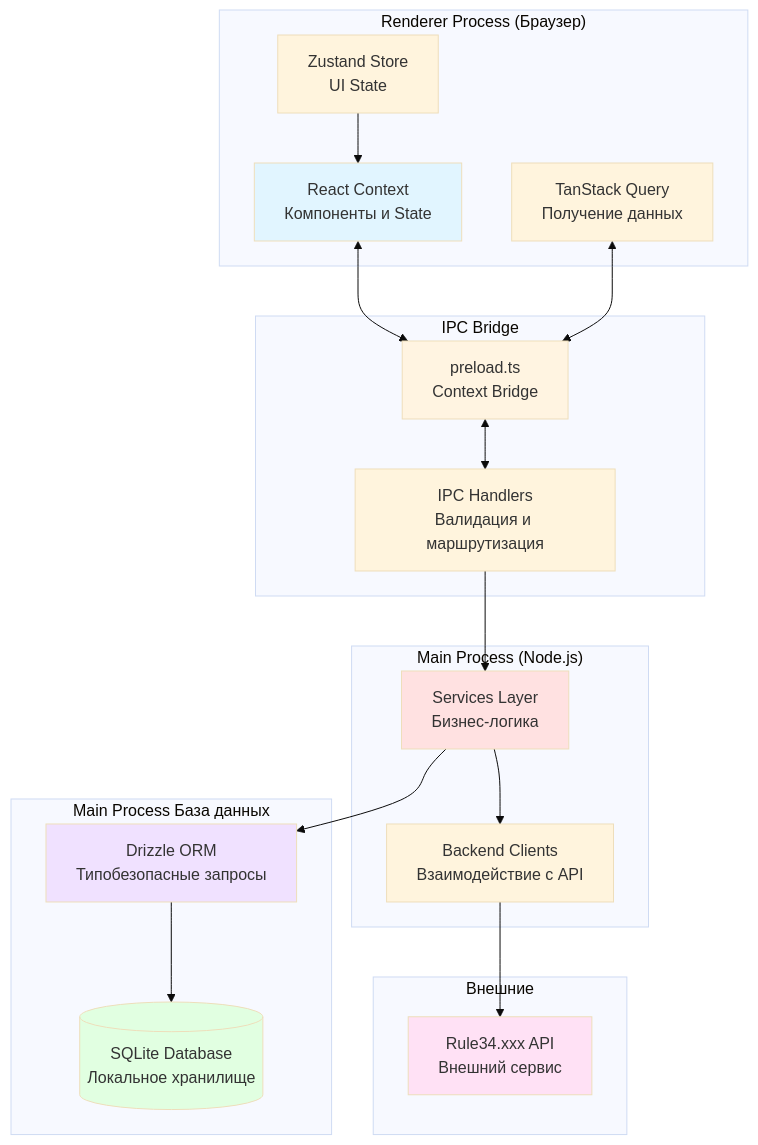
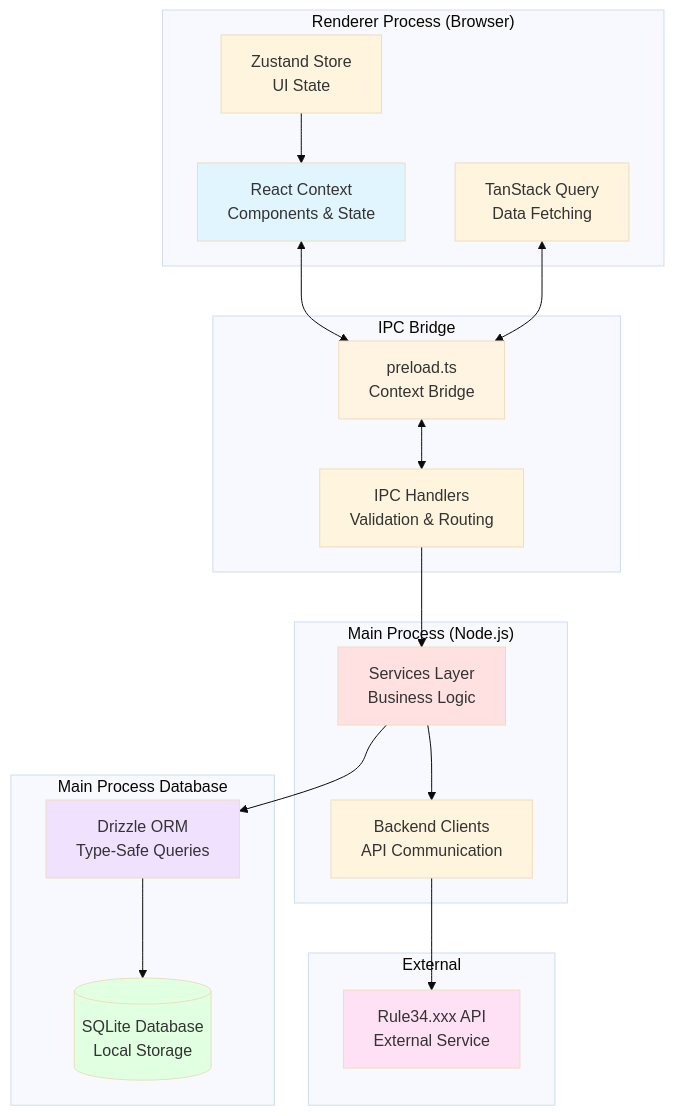
One commit to KazeKaze93/RuleDesk changed the first of 11 diagrams in .docs-i18n/ru/docs/architecture.md. Above: the diagram before and after it, drawn with Mermaid (base theme). The commit also changed other lines of this file and 8 other files, not shown here.

````diff
--- a/.docs-i18n/ru/docs/architecture.md
+++ b/.docs-i18n/ru/docs/architecture.md
@@ -37,45 +37,45 @@
 ```mermaid
 graph TB
-    subgraph "Renderer Process (Браузер)"
-        ReactContext[React Context<br/>Компоненты и State]
-        TanStackQuery[TanStack Query<br/>Получение данных]
+    subgraph "Renderer Process (Browser)"
+        ReactContext[React Context<br/>Components & State]
+        TanStackQuery[TanStack Query<br/>Data Fetching]
         Zustand[Zustand Store<br/>UI State]
     end
 
     subgraph "IPC Bridge"
         Preload[preload.ts<br/>Context Bridge]
-        IPCHandlers[IPC Handlers<br/>Валидация и маршрутизация]
+        IPCHandlers[IPC Handlers<br/>Validation & Routing]
     end
 
     subgraph "Main Process (Node.js)"
-        ServicesLayer[Services Layer<br/>Бизнес-логика]
-        BackendClients[Backend Clients<br/>Взаимодействие с API]
+        ServicesLayer[Services Layer<br/>Business Logic]
+        BackendClients[Backend Clients<br/>API Communication]
     end
 
-    subgraph "Main Process База данных"
-        DrizzleORM[Drizzle ORM<br/>Типобезопасные запросы]
+    subgraph "Main Process Database"
+        DrizzleORM[Drizzle ORM<br/>Type-Safe Queries]
         SQLiteDB[(SQLite Database<br/>WAL Mode)]
     end
 
-    subgraph "Внешние"
-        Rule34API[Rule34.xxx API<br/>Внешний сервис]
-        SQLiteDB[(SQLite Database<br/>Локальное хранилище)]
+    subgraph "External"
+        Rule34API[Rule34.xxx API<br/>External Service]
+        SQLiteDB[(SQLite Database<br/>Local Storage)]
     end
 
     ReactContext <--> Preload
     TanStackQuery <--> Preload
     Zustand --> ReactContext
     Preload <--> IPCHandlers
     IPCHandlers --> ServicesLayer
     ServicesLayer --> BackendClients
     ServicesLayer --> DrizzleORM
     DrizzleORM --> SQLiteDB
     BackendClients --> Rule34API
 
     style ReactContext fill:#e1f5ff
     style Preload fill:#fff4e1
     style ServicesLayer fill:#ffe1e1
     style DrizzleORM fill:#f0e1ff
     style SQLiteDB fill:#e1ffe1
     style Rule34API fill:#ffe1f5
 ```
````
